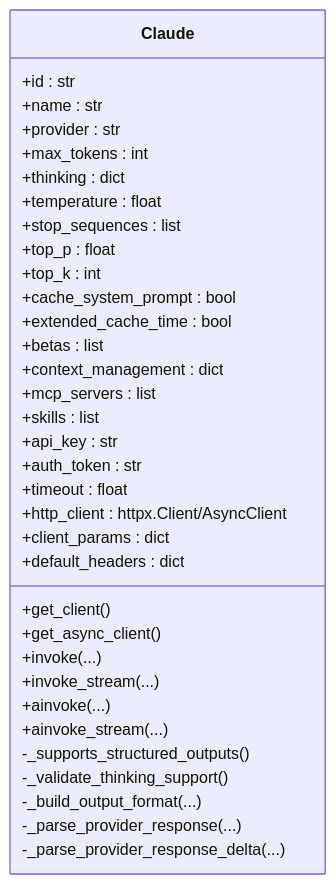
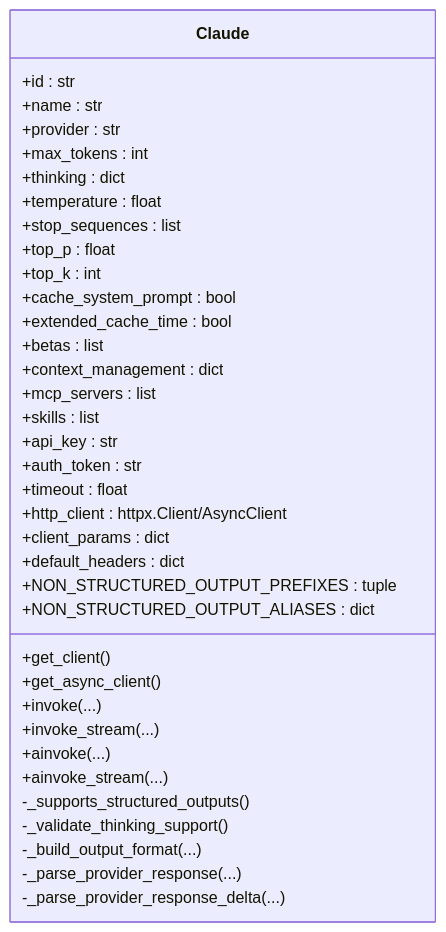
The third of 9 diagrams in .qoder/repowiki/zh/content/模型适配器/Anthropic 模型.md (defulat-coder/agno-learn), drawn with Mermaid before and after one commit. The commit also changed other lines of this file and 1683 other files, not shown here.

````diff
--- a/.qoder/repowiki/zh/content/模型适配器/Anthropic 模型.md
+++ b/.qoder/repowiki/zh/content/模型适配器/Anthropic 模型.md
@@ -139,37 +151,39 @@
 ```mermaid
 classDiagram
 class Claude {
 +id : str
 +name : str
 +provider : str
 +max_tokens : int
 +thinking : dict
 +temperature : float
 +stop_sequences : list
 +top_p : float
 +top_k : int
 +cache_system_prompt : bool
 +extended_cache_time : bool
 +betas : list
 +context_management : dict
 +mcp_servers : list
 +skills : list
 +api_key : str
 +auth_token : str
 +timeout : float
 +http_client : httpx.Client/AsyncClient
 +client_params : dict
 +default_headers : dict
++NON_STRUCTURED_OUTPUT_PREFIXES : tuple
++NON_STRUCTURED_OUTPUT_ALIASES : dict
 +get_client()
 +get_async_client()
 +invoke(...)
 +invoke_stream(...)
 +ainvoke(...)
 +ainvoke_stream(...)
 -_supports_structured_outputs()
 -_validate_thinking_support()
 -_build_output_format(...)
 -_parse_provider_response(...)
 -_parse_provider_response_delta(...)
 }
 ```
````
